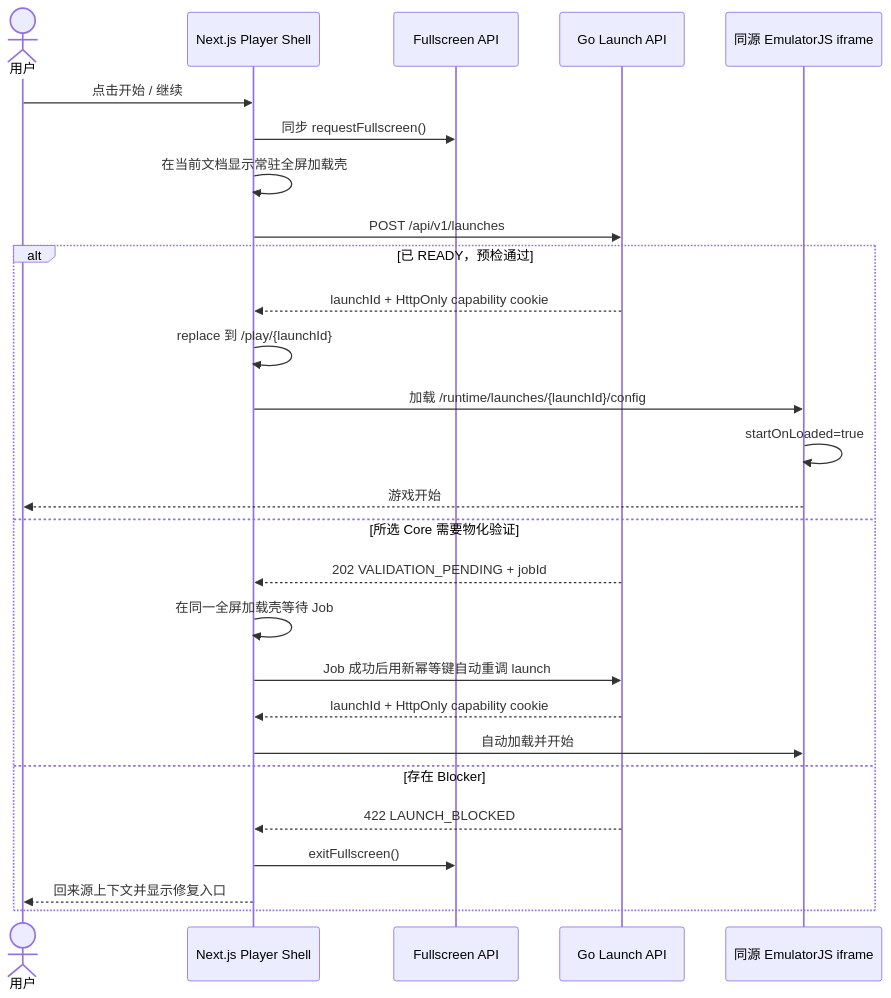
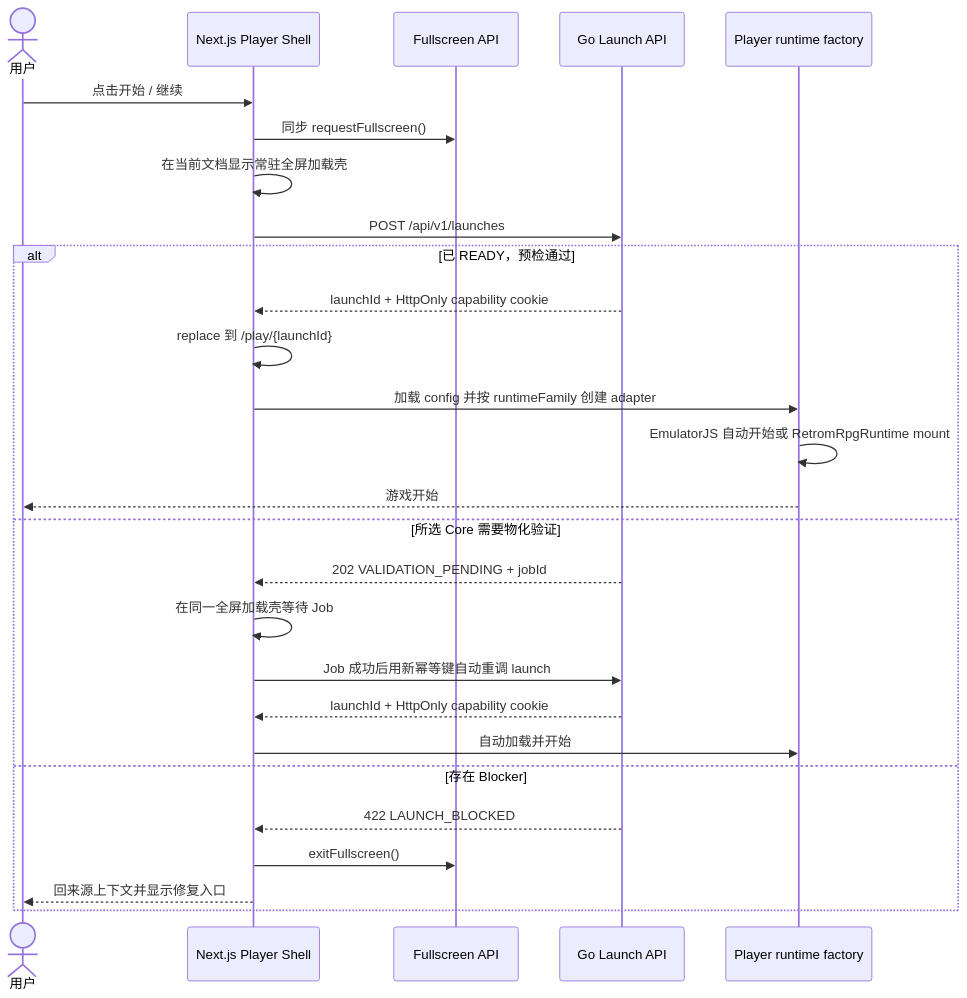
The diagram in docs/runtime-and-play-data.md (retrom-project/retrom), drawn with Mermaid before and after one commit. The commit also changed other lines of this file and 580 other files, not shown here.

```diff
--- a/docs/runtime-and-play-data.md
+++ b/docs/runtime-and-play-data.md
@@ -18,29 +23,29 @@
 ~~~mermaid
 sequenceDiagram
     actor U as 用户
     participant UI as Next.js Player Shell
     participant FS as Fullscreen API
     participant API as Go Launch API
-    participant EJS as 同源 EmulatorJS iframe
+    participant RT as Player runtime factory
     U->>UI: 点击开始 / 继续
     UI->>FS: 同步 requestFullscreen()
     UI->>UI: 在当前文档显示常驻全屏加载壳
     UI->>API: POST /api/v1/launches
     alt 已 READY，预检通过
       API-->>UI: launchId + HttpOnly capability cookie
       UI->>UI: replace 到 /play/{launchId}
-      UI->>EJS: 加载 /runtime/launches/{launchId}/config
-      EJS->>EJS: startOnLoaded=true
-      EJS-->>U: 游戏开始
+      UI->>RT: 加载 config 并按 runtimeFamily 创建 adapter
+      RT->>RT: EmulatorJS 自动开始或 RetromRpgRuntime mount
+      RT-->>U: 游戏开始
     else 所选 Core 需要物化验证
       API-->>UI: 202 VALIDATION_PENDING + jobId
       UI->>UI: 在同一全屏加载壳等待 Job
       UI->>API: Job 成功后用新幂等键自动重调 launch
       API-->>UI: launchId + HttpOnly capability cookie
-      UI->>EJS: 自动加载并开始
+      UI->>RT: 自动加载并开始
     else 存在 Blocker
       API-->>UI: 422 LAUNCH_BLOCKED
       UI->>FS: exitFullscreen()
       UI-->>U: 回来源上下文并显示修复入口
     end
 ~~~
```
